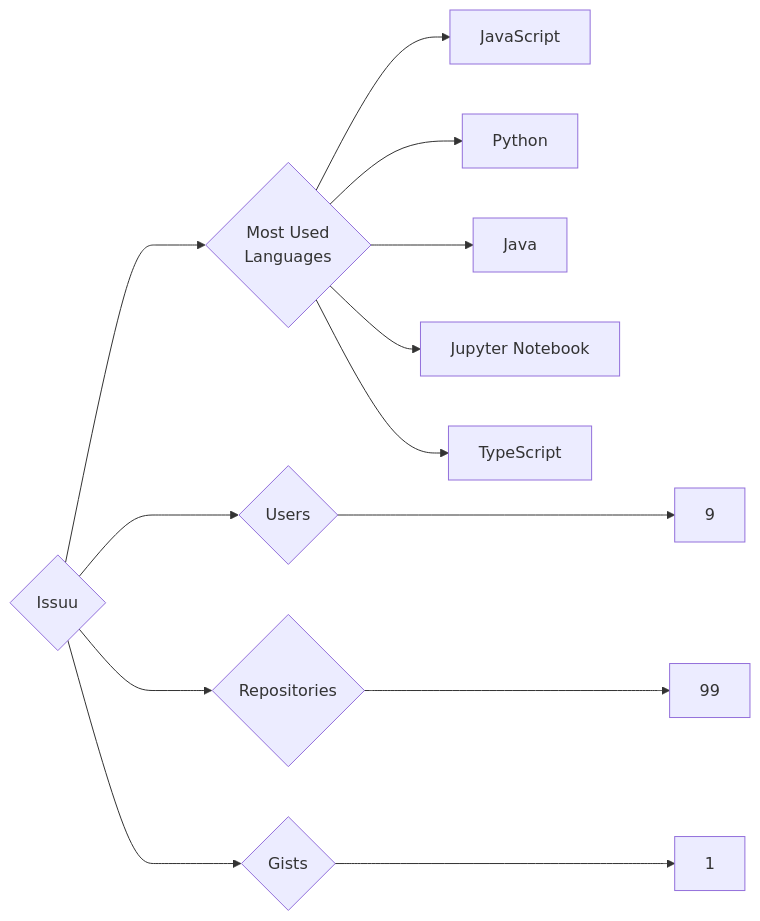
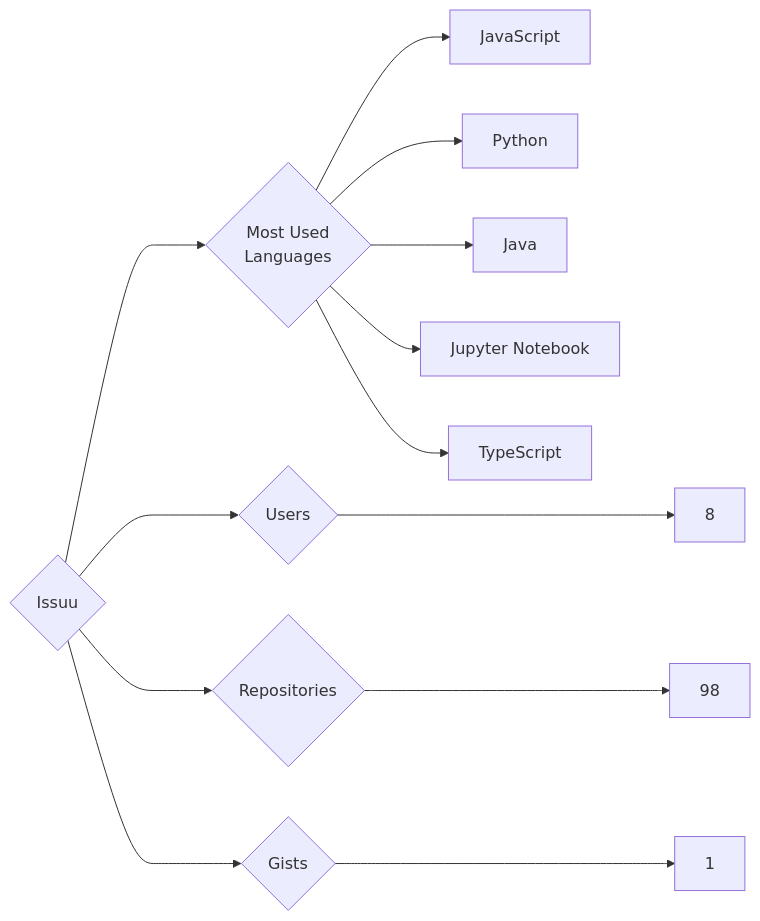
One commit to trickest/insiders changed the diagram in targets/Issuu/README.md. Above: the diagram before and after it, drawn with Mermaid. The commit also changed 682 other files, not shown here.

````diff
--- a/targets/Issuu/README.md
+++ b/targets/Issuu/README.md
@@ -3,13 +3,13 @@
 ```mermaid
 graph LR
 COMPANY_NAME{Issuu}
-COMPANY_NAME ---> U{Users} ---> UN[9]
-COMPANY_NAME ---> R{Repositories} ---> RN[99]
+COMPANY_NAME ---> U{Users} ---> UN[8]
+COMPANY_NAME ---> R{Repositories} ---> RN[98]
 COMPANY_NAME ---> G{Gists} ---> GN[1]
 COMPANY_NAME ---> ML{Most Used<br>Languages}
 ML --> JavaScript[JavaScript]
 ML --> Python[Python]
 ML --> Java[Java]
 ML --> Jupyter_Notebook[Jupyter Notebook]
 ML --> TypeScript[TypeScript]
 ```
````
